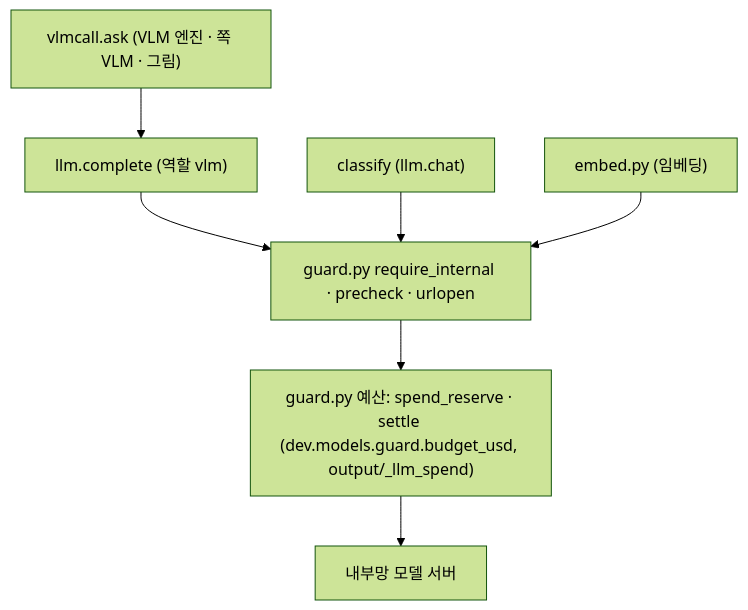
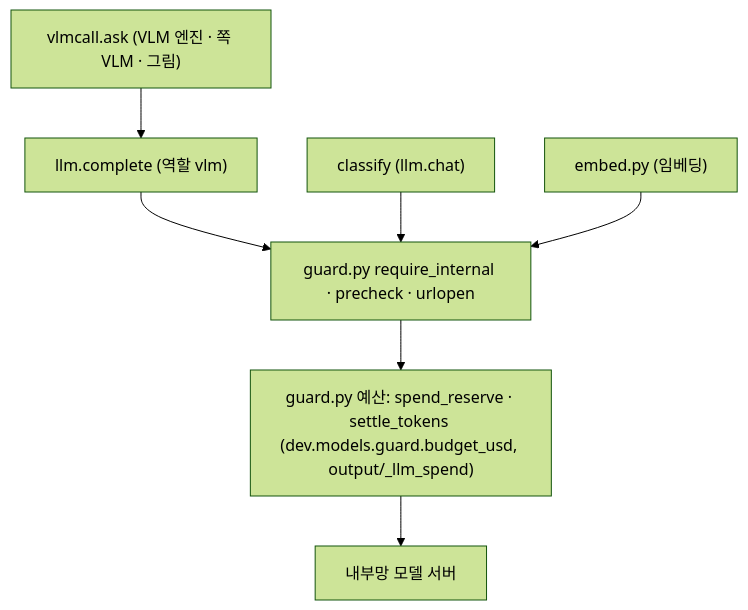
Before and after one commit to gigasamba/sbl_data_parsing: diagram 11 of 11 in docs/architecture/parse_flow.md, drawn with Mermaid (forest theme). The commit also changed other lines of this file, not shown here.

````diff
--- a/docs/architecture/parse_flow.md
+++ b/docs/architecture/parse_flow.md
@@ -484,14 +487,14 @@
 ```mermaid
 flowchart TD
     V["vlmcall.ask (VLM 엔진 · 쪽 VLM · 그림)"]
     VC["llm.complete (역할 vlm)"]
     CL["classify (llm.chat)"]
     EM["embed.py (임베딩)"]
     G["guard.py require_internal · precheck · urlopen"]
-    B["guard.py 예산: spend_reserve · settle (dev.models.guard.budget_usd, output/_llm_spend)"]
+    B["guard.py 예산: spend_reserve · settle_tokens (dev.models.guard.budget_usd, output/_llm_spend)"]
     N["내부망 모델 서버"]
     V --> VC --> G
     CL --> G
     EM --> G
     G --> B --> N
 ```
````
